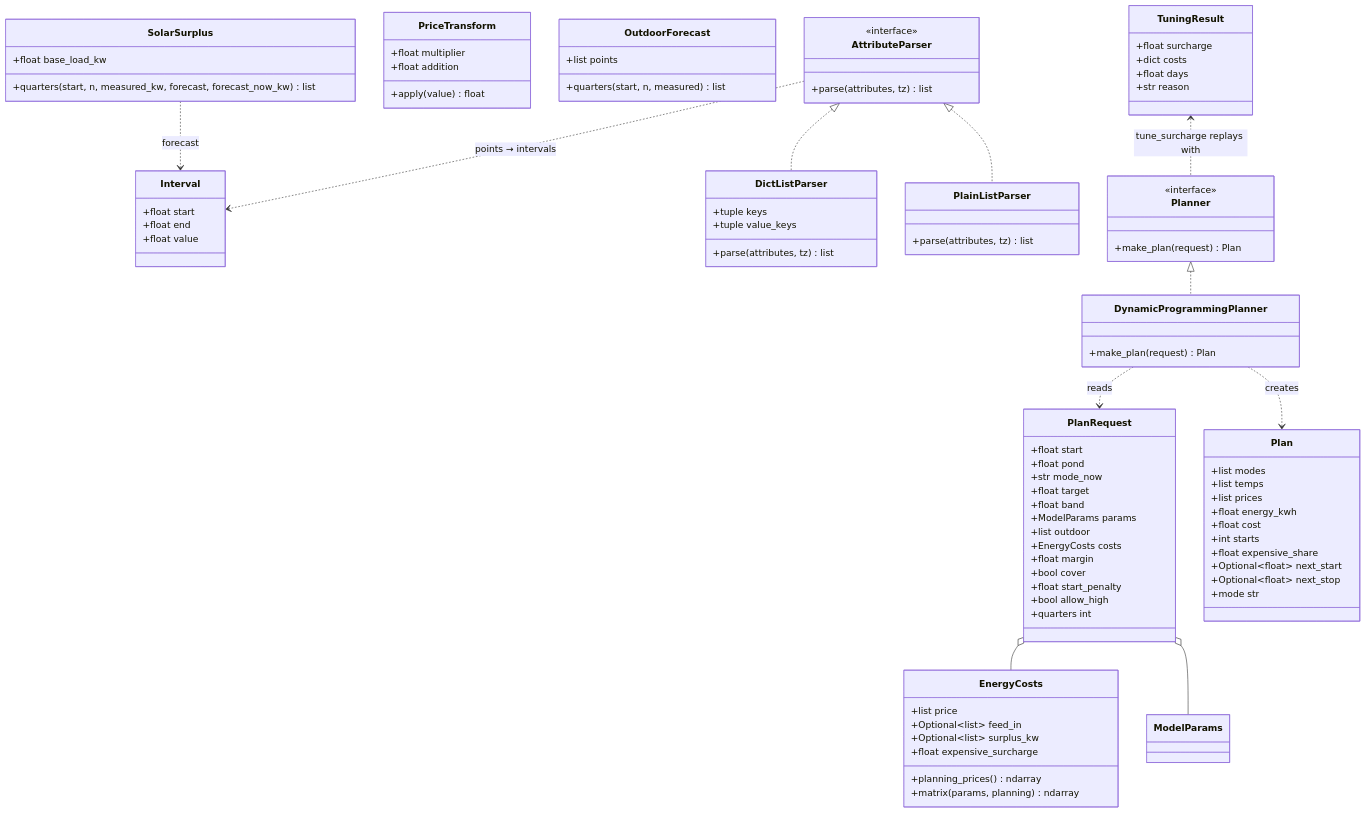
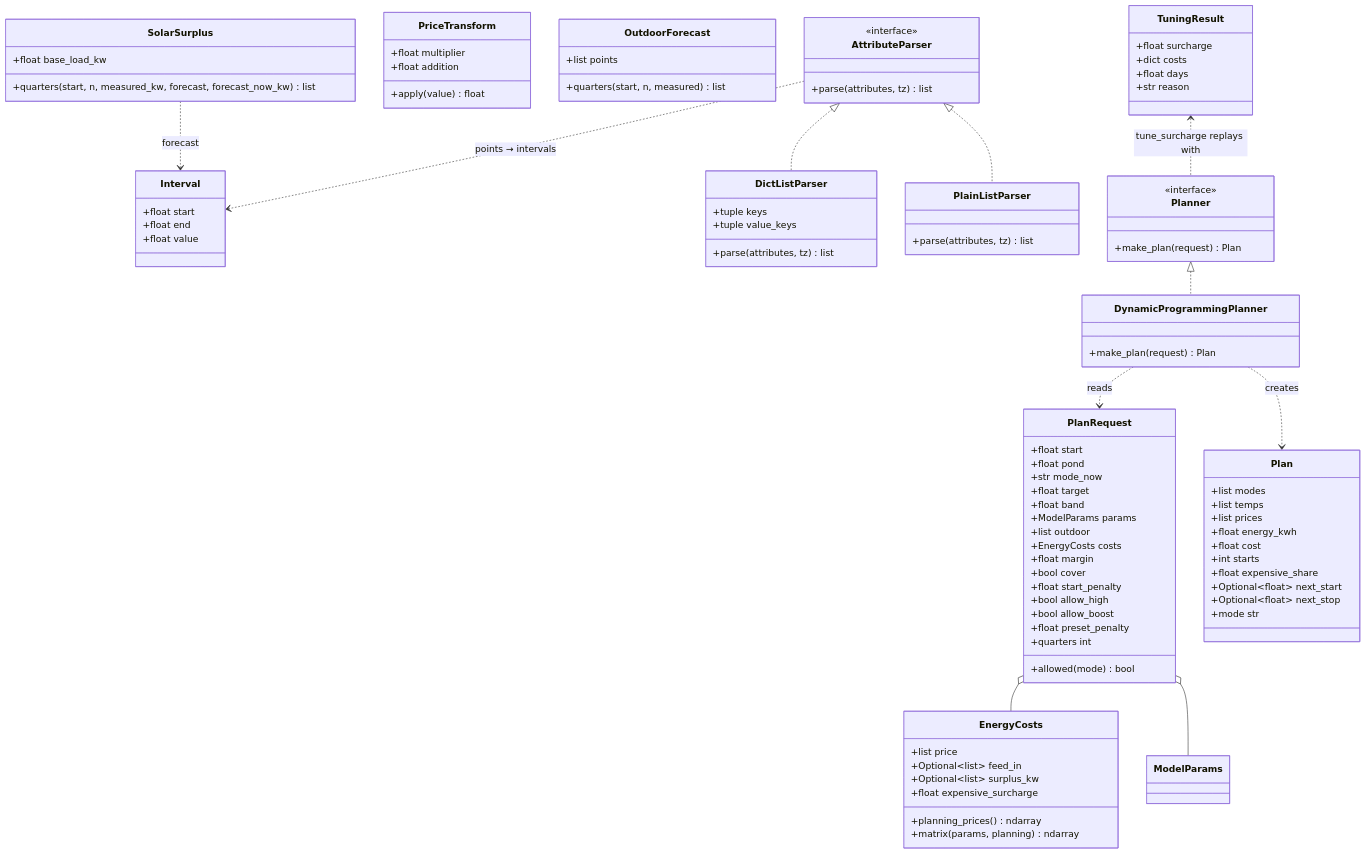
One commit to abroeders/pond-heatpump-price-planner changed the sixth of 25 diagrams in docs/architecture.md. Above: the diagram before and after it, drawn with Mermaid. The commit also changed other lines of this file and 6 other files, not shown here.

Commit message:
docs: boost mode and capacity preset (#37)

```diff
--- a/docs/architecture.md
+++ b/docs/architecture.md
@@ -351,7 +374,10 @@
         +bool cover
         +float start_penalty
         +bool allow_high
+        +bool allow_boost
+        +float preset_penalty
         +quarters int
+        +allowed(mode) bool
     }
     class Plan {
         +list modes
```
